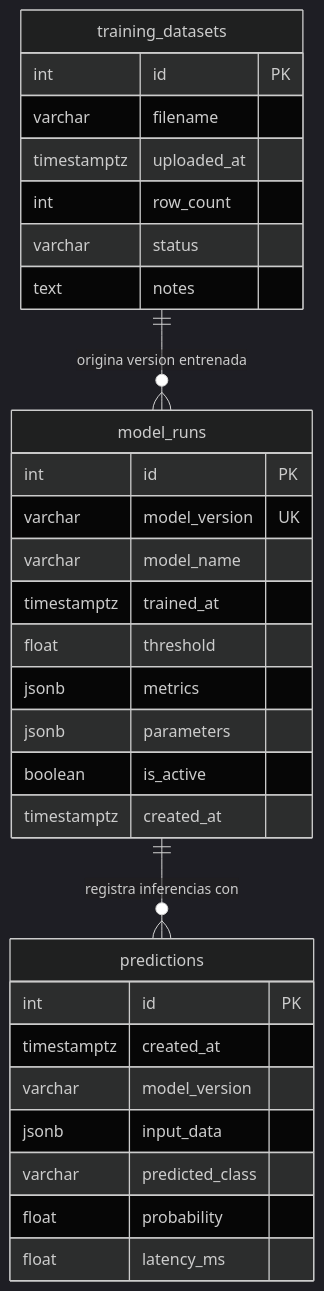
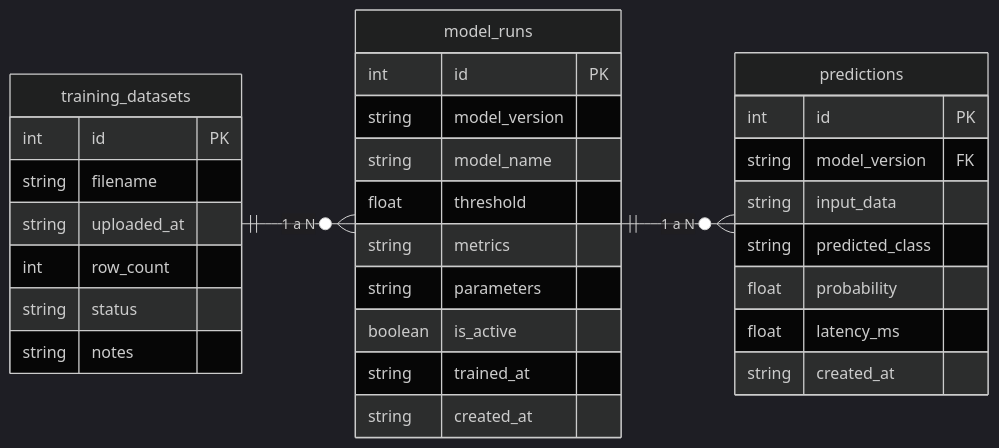
Before and after one commit to AlbertoMamaniD/Adults-Census: the diagram in db/README.md, drawn with Mermaid (dark theme). The commit also changed other lines of this file and 3 other files, not shown here.

Commit message:
docs(db): agregar imagen oficial del diagrama ER horizontal y embeber en documentacion

````diff
--- a/db/README.md
+++ b/db/README.md
@@ -9,36 +13,37 @@
 ```mermaid
 erDiagram
+    direction LR
+    training_datasets ||--o{ model_runs : "1 a N"
+    model_runs ||--o{ predictions : "1 a N"
+
+    training_datasets {
+        int id PK
+        string filename
+        string uploaded_at
+        int row_count
+        string status
+        string notes
+    }
+
     model_runs {
         int id PK
-        varchar model_version UK
-        varchar model_name
-        timestamptz trained_at
+        string model_version
+        string model_name
         float threshold
-        jsonb metrics
-        jsonb parameters
+        string metrics
+        string parameters
         boolean is_active
-        timestamptz created_at
+        string trained_at
+        string created_at
     }
 
     predictions {
         int id PK
-        timestamptz created_at
-        varchar model_version
-        jsonb input_data
-        varchar predicted_class
+        string model_version FK
+        string input_data
+        string predicted_class
         float probability
         float latency_ms
+        string created_at
     }
-
-    training_datasets {
-        int id PK
-        varchar filename
-        timestamptz uploaded_at
-        int row_count
-        varchar status
-        text notes
-    }
-
-    model_runs ||--o{ predictions : "registra inferencias con"
-    training_datasets ||--o{ model_runs : "origina version entrenada"
 ```
````
